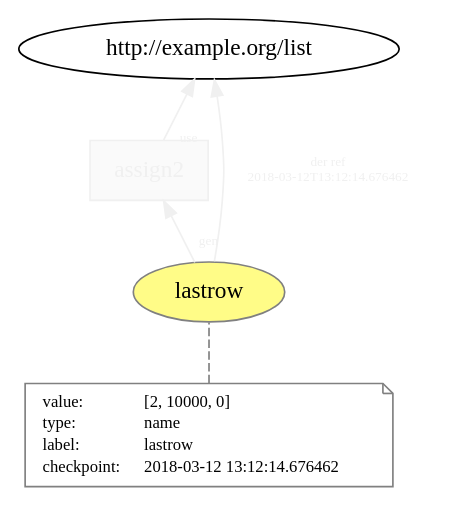
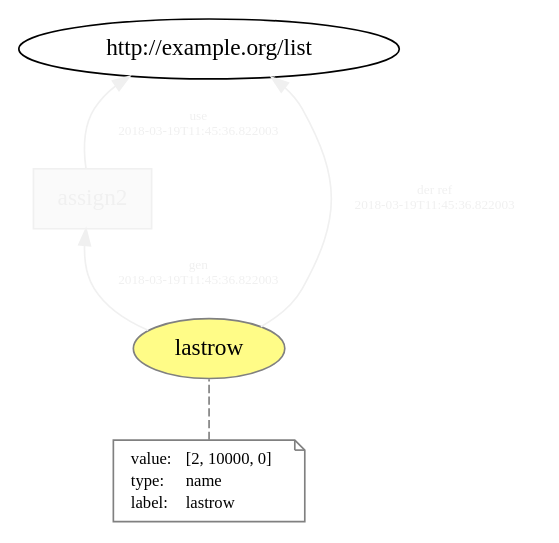
One commit to dew-uff/versioned-prov changed the diagram in generated/versioned_prov/temp/L3__assign.dot. Above: the diagram before and after it, drawn with Graphviz. The commit also changed 619 other files, not shown here.

```diff
--- a/generated/versioned_prov/temp/L3__assign.dot
+++ b/generated/versioned_prov/temp/L3__assign.dot
@@ -1,27 +1,25 @@
 digraph "PROV" { size="16,12"; rankdir="BT";
 "http://example.org/lastrow" [fillcolor="#FFFC87",color="#808080",style="filled",label="lastrow",URL="http://example.org/lastrow"]
 "-attrs0" [color="gray",shape="note",fontsize="10",fontcolor="black",label=<<TABLE cellpadding="0" border="0">
 	<TR>
 	    <TD align="left">value:</TD>
 	    <TD align="left">[2, 10000, 0]</TD>
 	</TR>
 	<TR>
 	    <TD align="left">type:</TD>
 	    <TD align="left">name</TD>
 	</TR>
 	<TR>
 	    <TD align="left">label:</TD>
 	    <TD align="left">lastrow</TD>
 	</TR>
-	<TR>
-	    <TD align="left">checkpoint:</TD>
-	    <TD align="left">2018-03-12 13:12:14.676462</TD>
-	</TR>
 </TABLE>>]
 "-attrs0" -> "http://example.org/lastrow" [color="gray",style="dashed",arrowhead="none"]
 "http://example.org/assign2" [fillcolor="#FAFAFA",color="#F0F0F0",shape="polygon",sides="4",style="filled",fontcolor="#F0F0F0",label="assign2",URL="http://example.org/assign2"]
 "http://example.org/lastrow" -> "http://example.org/list" [fontsize="8",distance="1.5",angle="60.0",rotation="20",label="der ref
-2018-03-12T13:12:14.676462",fontcolor="#F0F0F0",color="#F0F0F0"]
-"http://example.org/assign2" -> "http://example.org/list" [labelfontsize="8",labeldistance="1.5",labelangle="60.0",rotation="20",taillabel="use",fontcolor="#F0F0F0",color="#F0F0F0"]
-"http://example.org/lastrow" -> "http://example.org/assign2" [labelfontsize="8",labeldistance="1.5",labelangle="60.0",rotation="20",taillabel="gen",fontcolor="#F0F0F0",color="#F0F0F0"]
+2018-03-19T11:45:36.822003",fontcolor="#F0F0F0",color="#F0F0F0"]
+"http://example.org/assign2" -> "http://example.org/list" [fontsize="8",distance="1.5",angle="60.0",rotation="20",label="use
+2018-03-19T11:45:36.822003",fontcolor="#F0F0F0",color="#F0F0F0"]
+"http://example.org/lastrow" -> "http://example.org/assign2" [fontsize="8",distance="1.5",angle="60.0",rotation="20",label="gen
+2018-03-19T11:45:36.822003",fontcolor="#F0F0F0",color="#F0F0F0"]
 }
```
